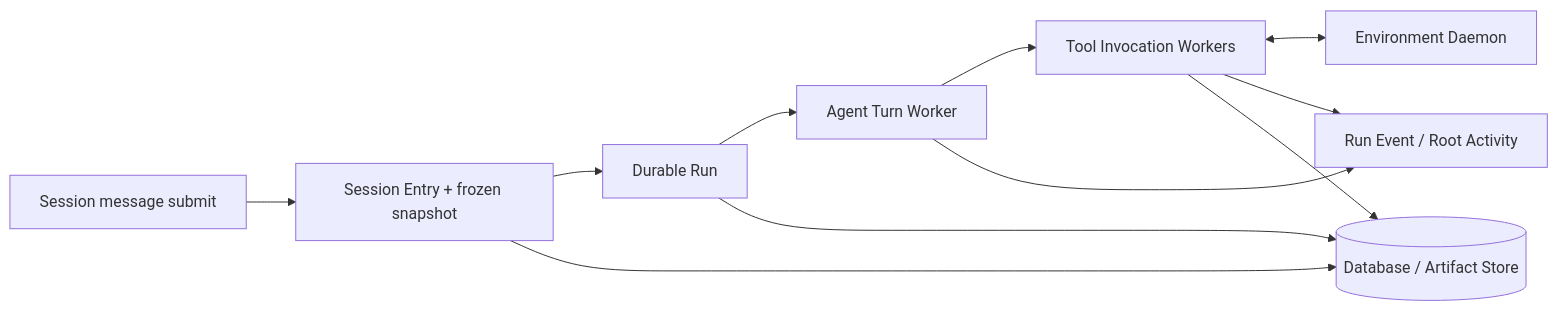
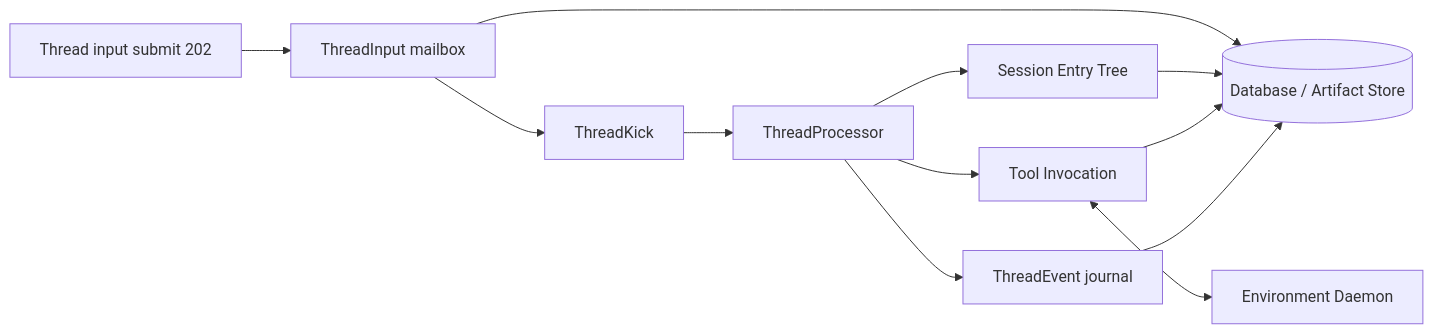
One commit to fengwk/kk-studio changed the first of 2 diagrams in docs/technical-solution/cloud-embedded-agent-runtime.md. Above: the diagram before and after it, drawn with Mermaid. The commit also changed other lines of this file and 433 other files, not shown here.

Commit message:
refactor(harness): replace run runtime with agent threads

````diff
--- a/docs/technical-solution/cloud-embedded-agent-runtime.md
+++ b/docs/technical-solution/cloud-embedded-agent-runtime.md
@@ -7,20 +7,22 @@
 ```mermaid
 flowchart LR
-    Message[Session message submit]
-    Session[Session Entry + frozen snapshot]
-    Run[Durable Run]
-    Turn[Agent Turn Worker]
-    Tool[Tool Invocation Workers]
+    Submit[Thread input submit 202]
+    Queue[ThreadInput mailbox]
+    Kick[ThreadKick]
+    Proc[ThreadProcessor]
+    Session[Session Entry Tree]
+    Tool[Tool Invocation]
     Daemon[Environment Daemon]
-    Events[Run Event / Root Activity]
+    Events[ThreadEvent journal]
     Store[(Database / Artifact Store)]
 
-    Message --> Session --> Run --> Turn
-    Turn --> Tool
+    Submit --> Queue --> Kick --> Proc
+    Proc --> Session
+    Proc --> Tool
     Tool <--> Daemon
-    Turn --> Events
-    Tool --> Events
+    Proc --> Events
+    Queue --> Store
     Session --> Store
-    Run --> Store
     Tool --> Store
+    Events --> Store
 ```
````
